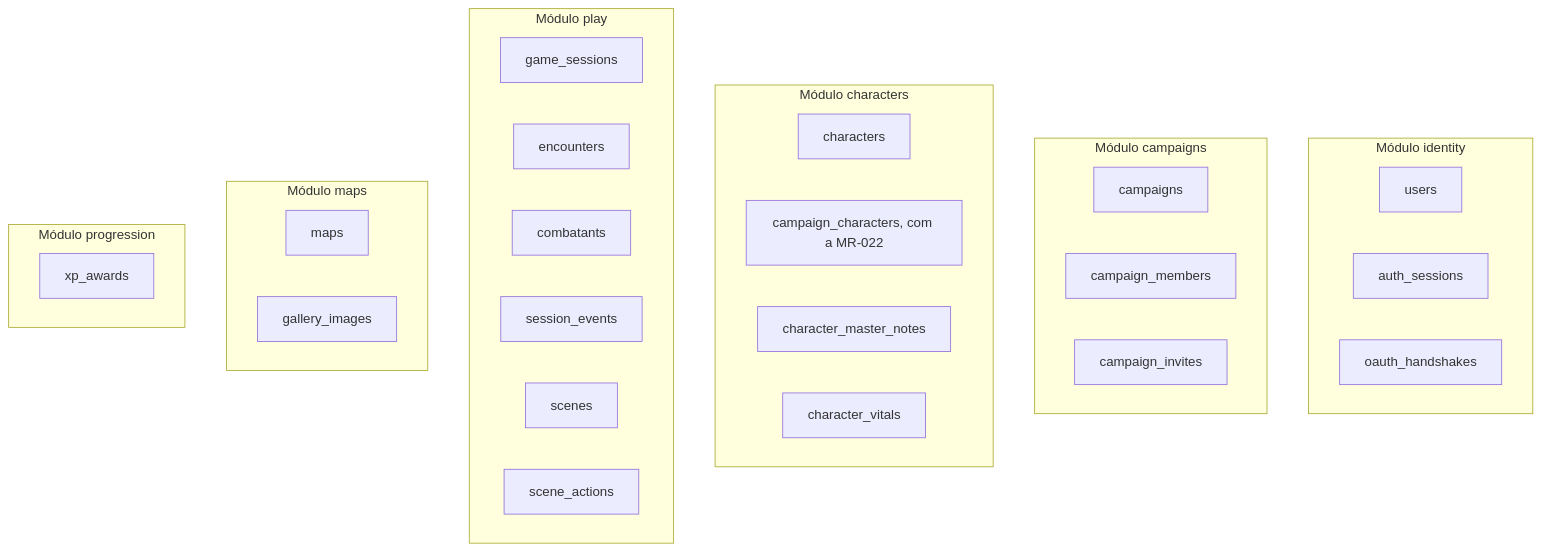
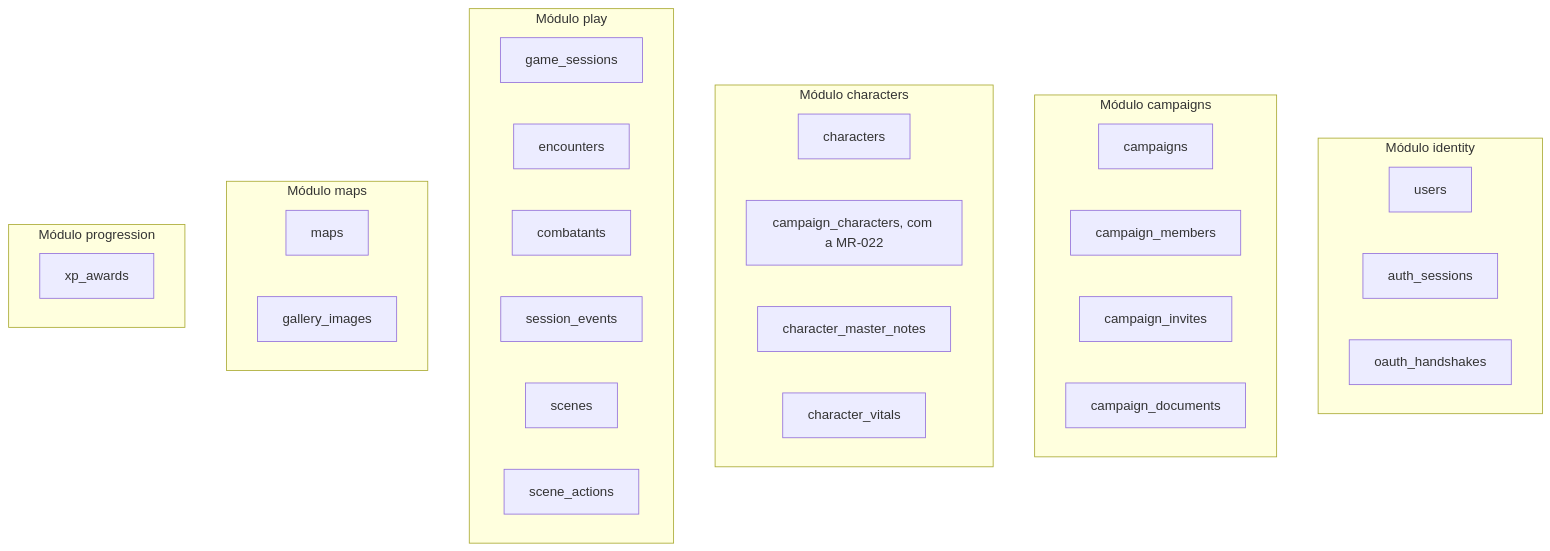
One commit to PuraFome/meuRPG changed the second of 3 diagrams in docs/dados.md. Above: the diagram before and after it, drawn with Mermaid. The commit also changed other lines of this file and 22 other files, not shown here.

````diff
--- a/docs/dados.md
+++ b/docs/dados.md
@@ -238,39 +246,40 @@
 ```mermaid
 flowchart TD
     subgraph identity["Módulo identity"]
         t_users["users"]
         t_auth_sessions["auth_sessions"]
         t_oauth_handshakes["oauth_handshakes"]
     end
 
     subgraph campaigns_mod["Módulo campaigns"]
         t_campaigns["campaigns"]
         t_campaign_members["campaign_members"]
         t_campaign_invites["campaign_invites"]
+        t_campaign_documents["campaign_documents"]
     end
 
     subgraph characters_mod["Módulo characters"]
         t_characters["characters"]
         t_campaign_characters["campaign_characters, com a MR-022"]
         t_character_master_notes["character_master_notes"]
         t_character_vitals["character_vitals"]
     end
 
     subgraph play["Módulo play"]
         t_game_sessions["game_sessions"]
         t_encounters["encounters"]
         t_combatants["combatants"]
         t_session_events["session_events"]
         t_scenes["scenes"]
         t_scene_actions["scene_actions"]
     end
 
     subgraph maps_mod["Módulo maps"]
         t_maps["maps"]
         t_gallery_images["gallery_images"]
     end
 
     subgraph progression["Módulo progression"]
         t_xp_awards["xp_awards"]
     end
 ```
````
